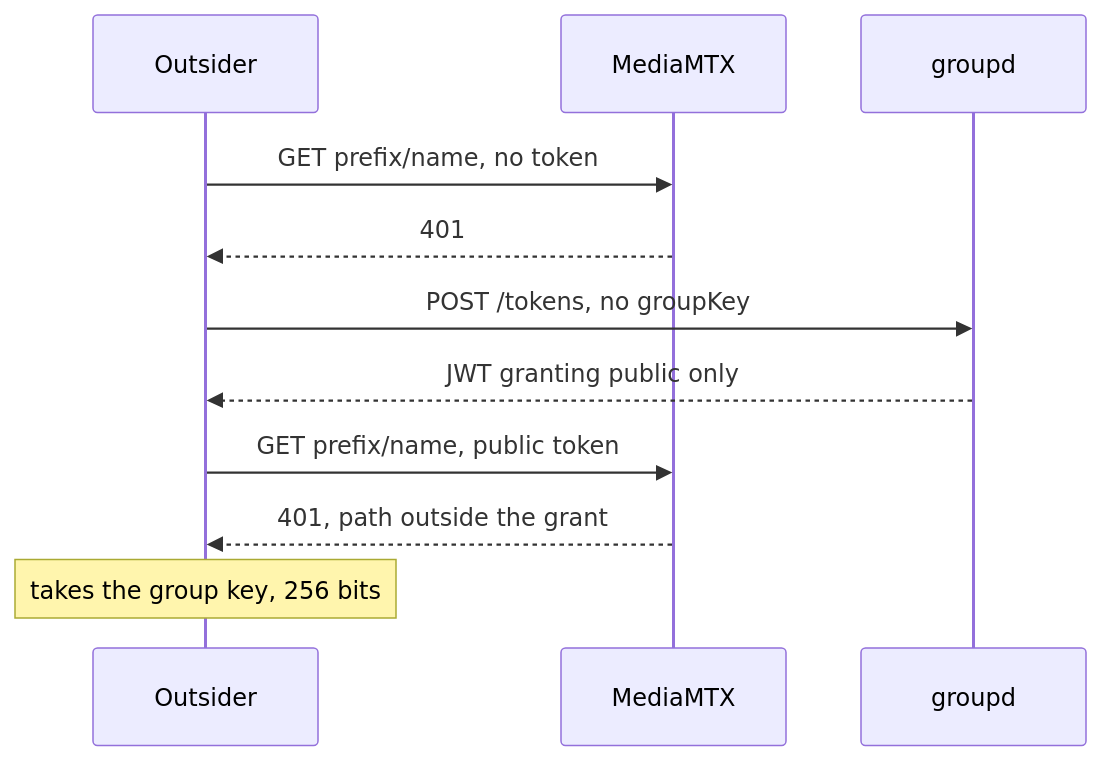
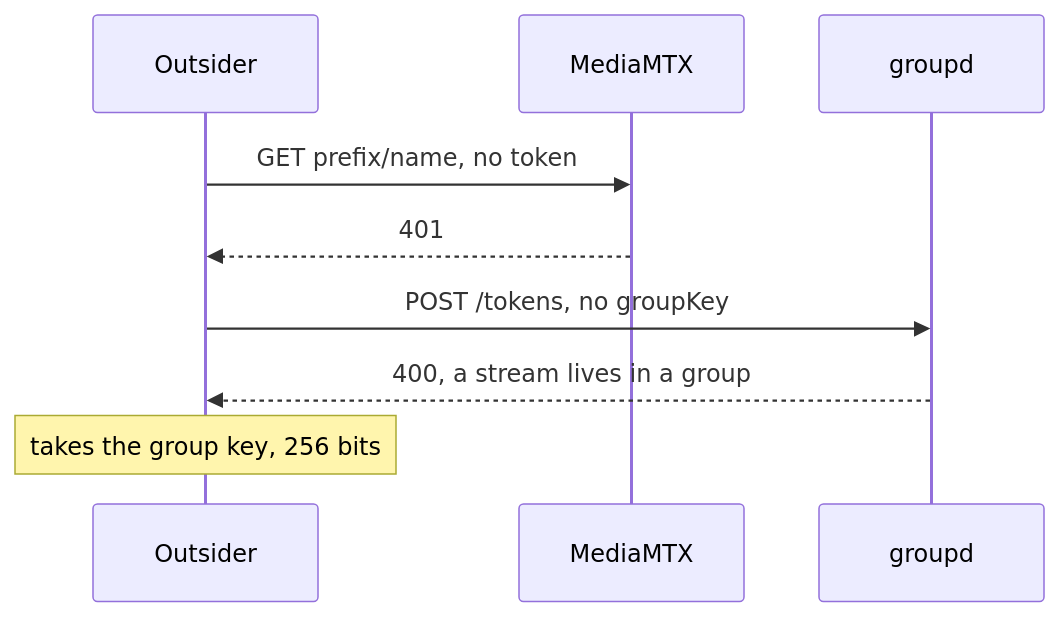
Before and after one commit to bjoern621/screen-sharing: the third of 3 diagrams in docs/auth-flow.md, drawn with Mermaid. The commit also changed other lines of this file and 44 other files, not shown here.

First line of the commit message:
Refuse every stream outside a group

````diff
--- a/docs/auth-flow.md
+++ b/docs/auth-flow.md
@@ -58,16 +58,14 @@
 ```mermaid
 sequenceDiagram
     participant X as Outsider
     participant M as MediaMTX
     participant G as groupd
 
     X->>M: GET prefix/name, no token
     M-->>X: 401
 
     X->>G: POST /tokens, no groupKey
-    G-->>X: JWT granting public only
-    X->>M: GET prefix/name, public token
-    M-->>X: 401, path outside the grant
+    G-->>X: 400, a stream lives in a group
 
     Note over X: takes the group key, 256 bits
 ```
````
